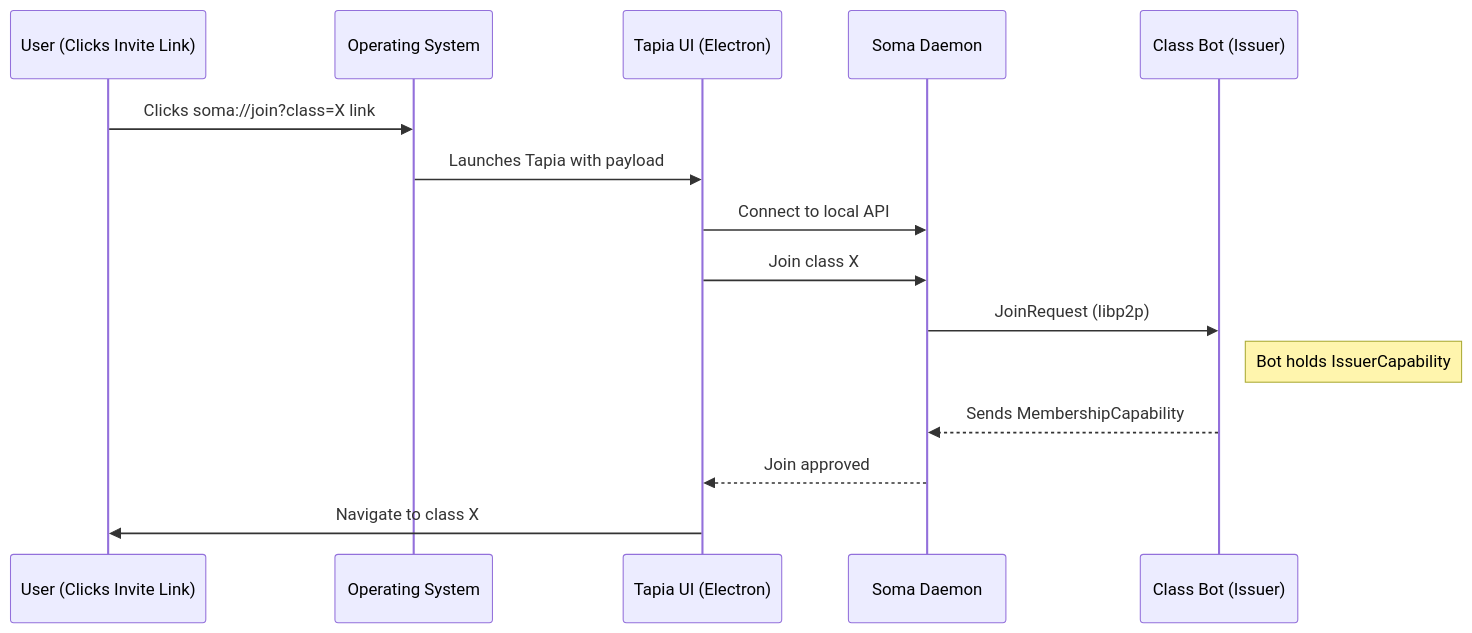
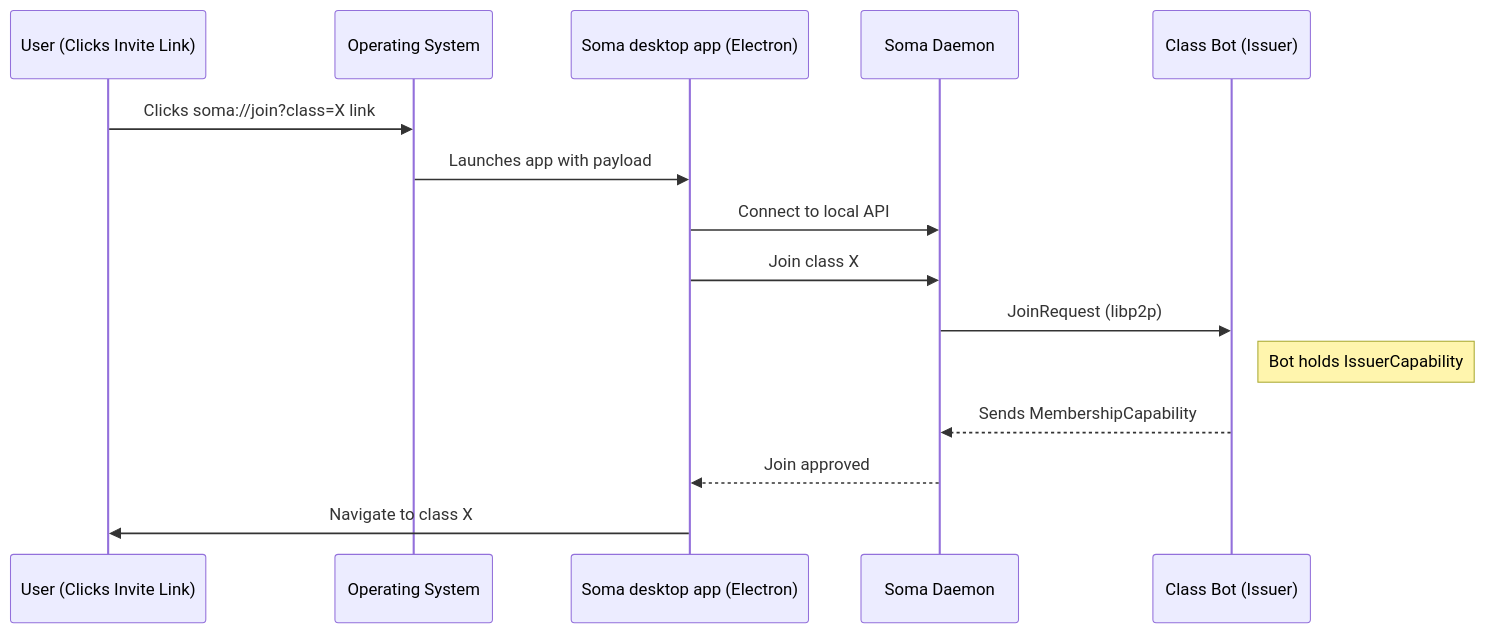
The second of 2 diagrams in docs/src/architecture/soma-tapia.md (stephane-segning/soma), drawn with Mermaid before and after one commit. The commit also changed other lines of this file and 27 other files, not shown here.

First line of the commit message:
feat: Enhance documentation for deployment, architecture, and security

````diff
--- a/docs/src/architecture/soma-tapia.md
+++ b/docs/src/architecture/soma-tapia.md
@@ -91,17 +80,17 @@
 ```mermaid
 sequenceDiagram
     participant User as User (Clicks Invite Link)
     participant OS as Operating System
-    participant Tapia as Tapia UI (Electron)
+    participant SomaApp as Soma desktop app (Electron)
     participant Daemon as Soma Daemon
     participant Bot as Class Bot (Issuer)
     User ->> OS: Clicks soma://join?class=X link
-    OS ->> Tapia: Launches Tapia with payload
-    Tapia ->> Daemon: Connect to local API
-    Tapia ->> Daemon: Join class X
+    OS ->> SomaApp: Launches app with payload
+    SomaApp ->> Daemon: Connect to local API
+    SomaApp ->> Daemon: Join class X
     Daemon ->> Bot: JoinRequest (libp2p)
     Note right of Bot: Bot holds IssuerCapability
     Bot -->> Daemon: Sends MembershipCapability
-    Daemon -->> Tapia: Join approved
-    Tapia ->> User: Navigate to class X
+    Daemon -->> SomaApp: Join approved
+    SomaApp ->> User: Navigate to class X
 ```
````
